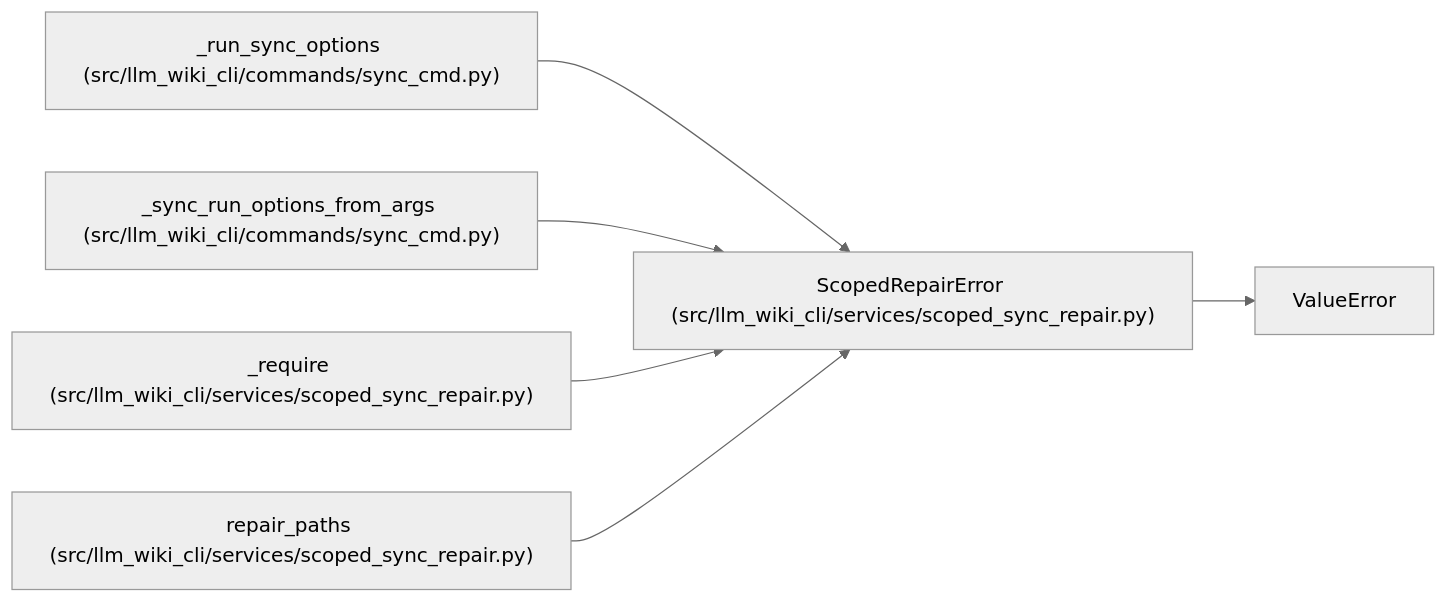
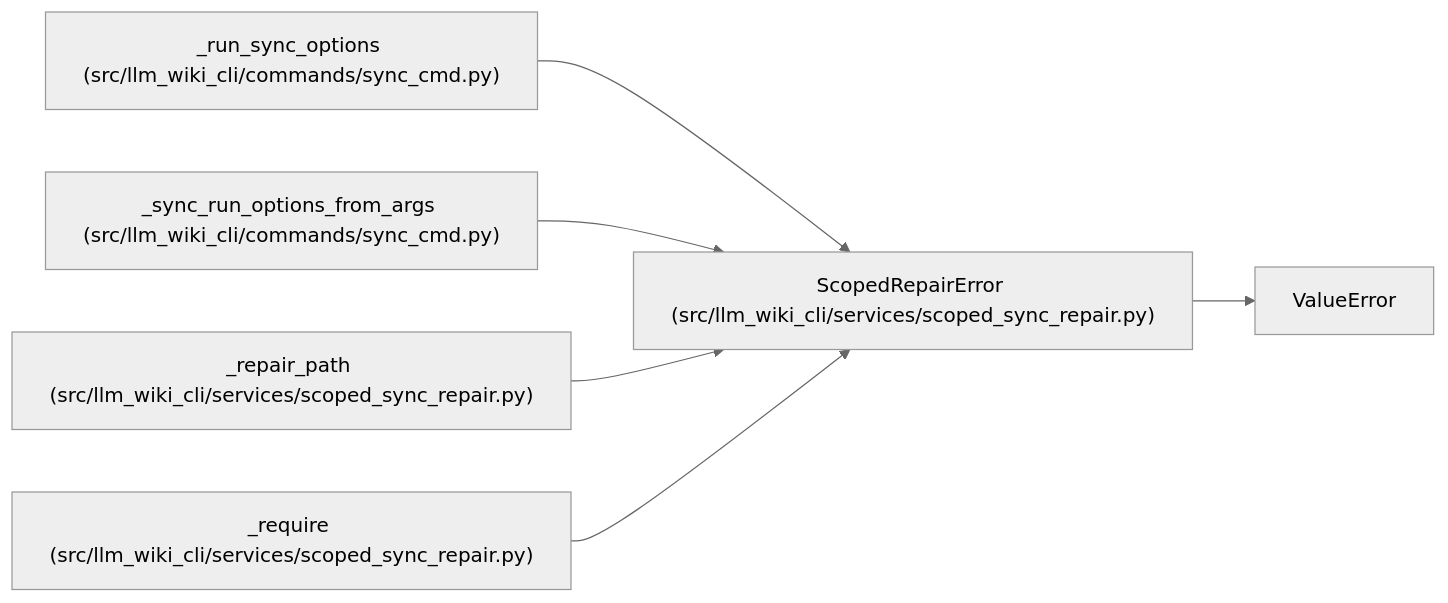
One commit to Denissvgn/python-wiki-llm changed the diagram in docs/llm_wiki/entities/ScopedRepairError.md. Above: the diagram before and after it, drawn with Mermaid (neutral theme). The commit also changed other lines of this file and 389 other files, not shown here.

````diff
--- a/docs/llm_wiki/entities/ScopedRepairError.md
+++ b/docs/llm_wiki/entities/ScopedRepairError.md
@@ -23,19 +23,19 @@
 ```mermaid
 flowchart LR
     n0["ScopedRepairError (src/llm_wiki_cli/services/scoped_sync_repair.py)"]
     n1["ValueError"]
     n2["_run_sync_options (src/llm_wiki_cli/commands/sync_cmd.py)"]
     n3["_sync_run_options_from_args (src/llm_wiki_cli/commands/sync_cmd.py)"]
-    n4["_require (src/llm_wiki_cli/services/scoped_sync_repair.py)"]
-    n5["repair_paths (src/llm_wiki_cli/services/scoped_sync_repair.py)"]
+    n4["_repair_path (src/llm_wiki_cli/services/scoped_sync_repair.py)"]
+    n5["_require (src/llm_wiki_cli/services/scoped_sync_repair.py)"]
     n0 --> n1
     n2 --> n0
     n3 --> n0
     n4 --> n0
     n5 --> n0
     click n0 "../modules/scoped_sync_repair.md"
     click n2 "../modules/sync_cmd.md"
     click n3 "../modules/sync_cmd.md"
     click n4 "../modules/scoped_sync_repair.md"
     click n5 "../modules/scoped_sync_repair.md"
 ```
````
